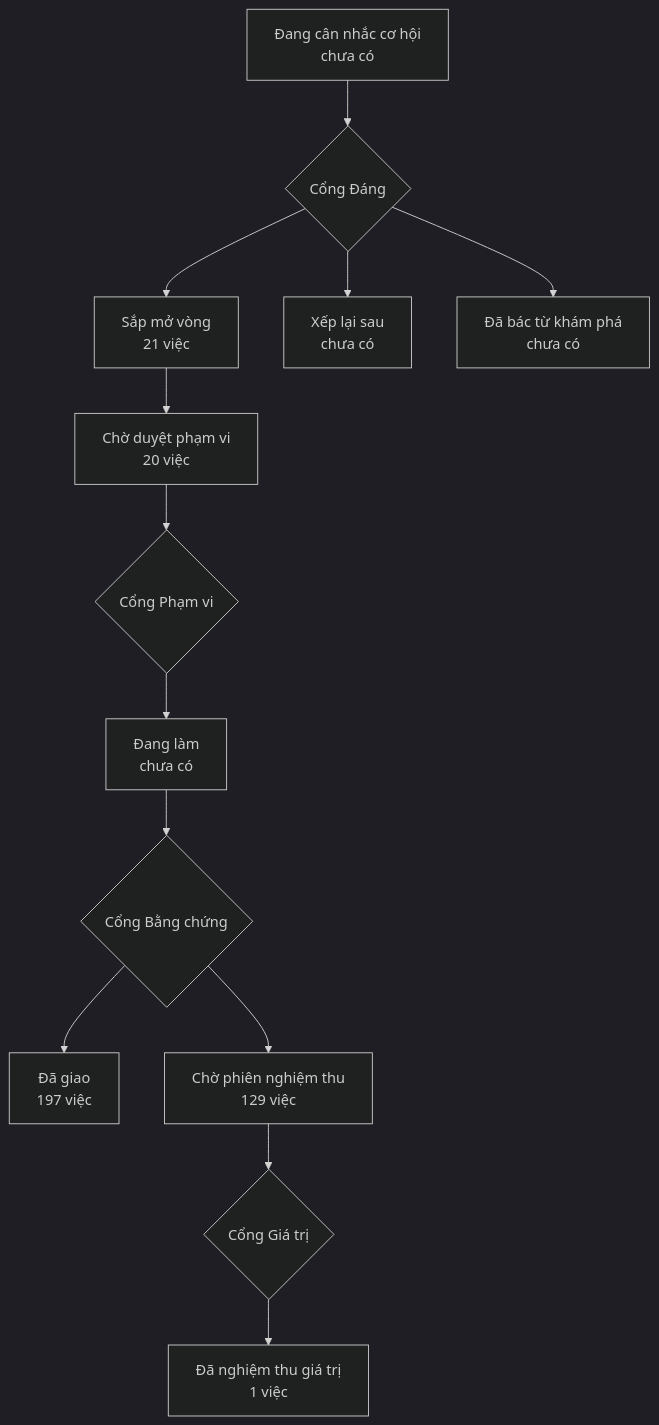
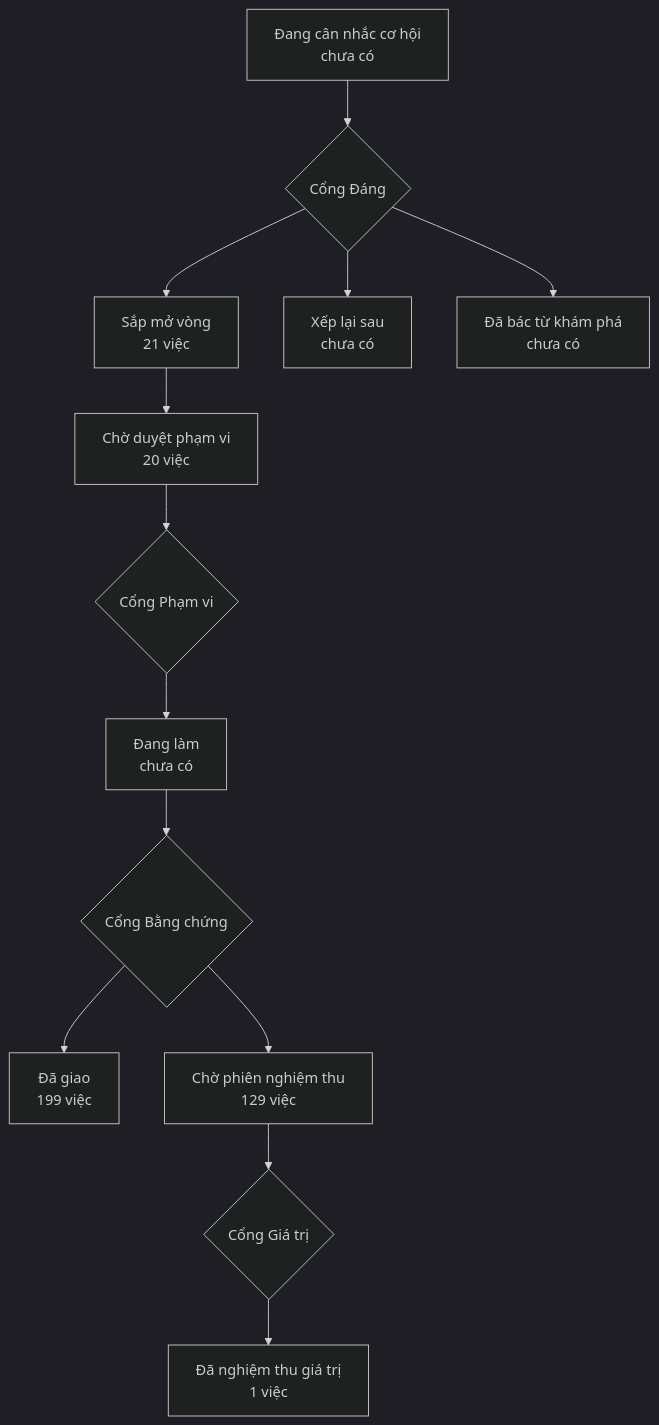
Before and after one commit to phanlemanh/onehub-invest: the diagram in PRODUCT-MAP.md, drawn with Mermaid (dark theme). The commit also changed other lines of this file and 1 other file, not shown here.

Commit message:
chore: vẽ lại bản đồ sản phẩm sau khi gộp main

````diff
--- a/PRODUCT-MAP.md
+++ b/PRODUCT-MAP.md
@@ -7,12 +7,12 @@
 ```mermaid
 flowchart TD
   A["Đang cân nhắc cơ hội<br/>chưa có"] --> GD{"Cổng Đáng"}
   GD --> B["Sắp mở vòng<br/>21 việc"]
   GD --> XL["Xếp lại sau<br/>chưa có"]
   GD --> DB["Đã bác từ khám phá<br/>chưa có"]
   B --> CD["Chờ duyệt phạm vi<br/>20 việc"] --> GP{"Cổng Phạm vi"}
   GP --> DL["Đang làm<br/>chưa có"] --> GB{"Cổng Bằng chứng"}
-  GB --> DG["Đã giao<br/>197 việc"]
+  GB --> DG["Đã giao<br/>199 việc"]
   GB --> CN["Chờ phiên nghiệm thu<br/>129 việc"] --> GG{"Cổng Giá trị"}
   GG --> NT["Đã nghiệm thu giá trị<br/>1 việc"]
 ```
````
